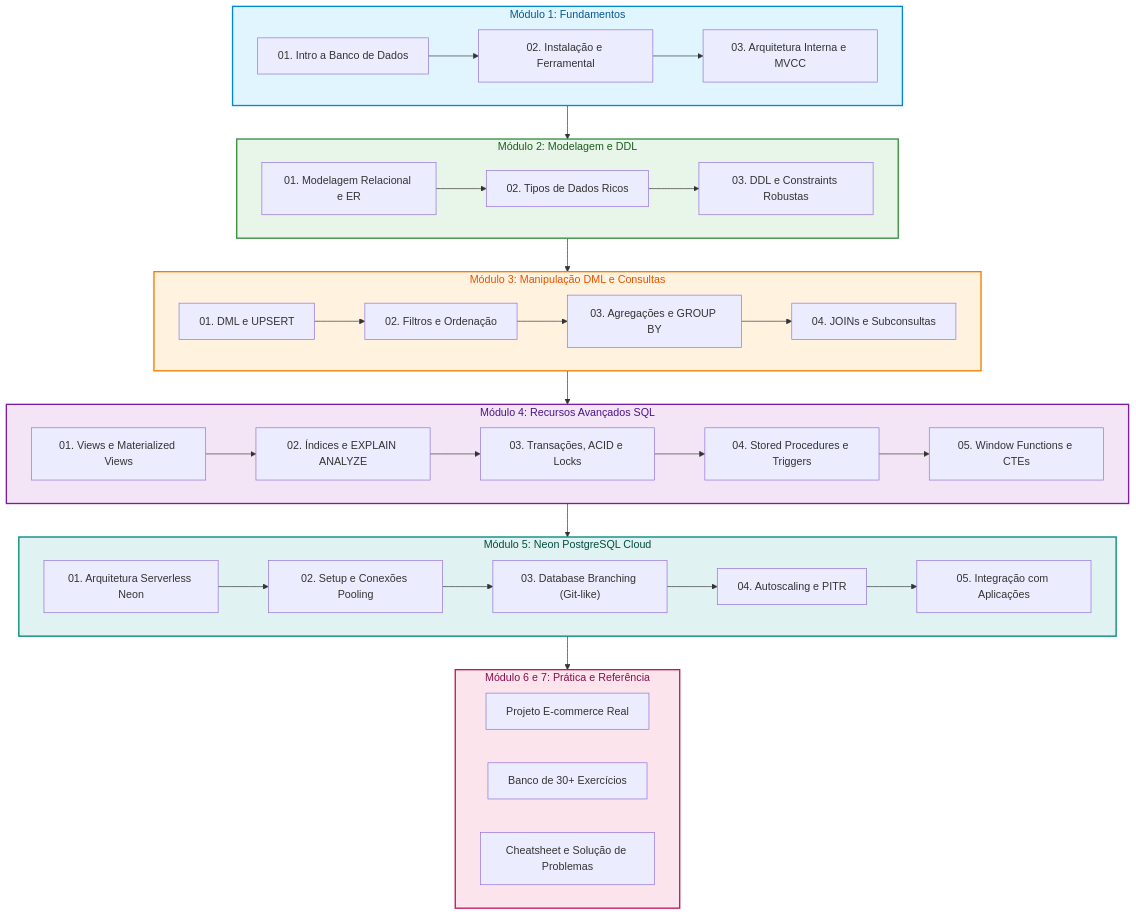
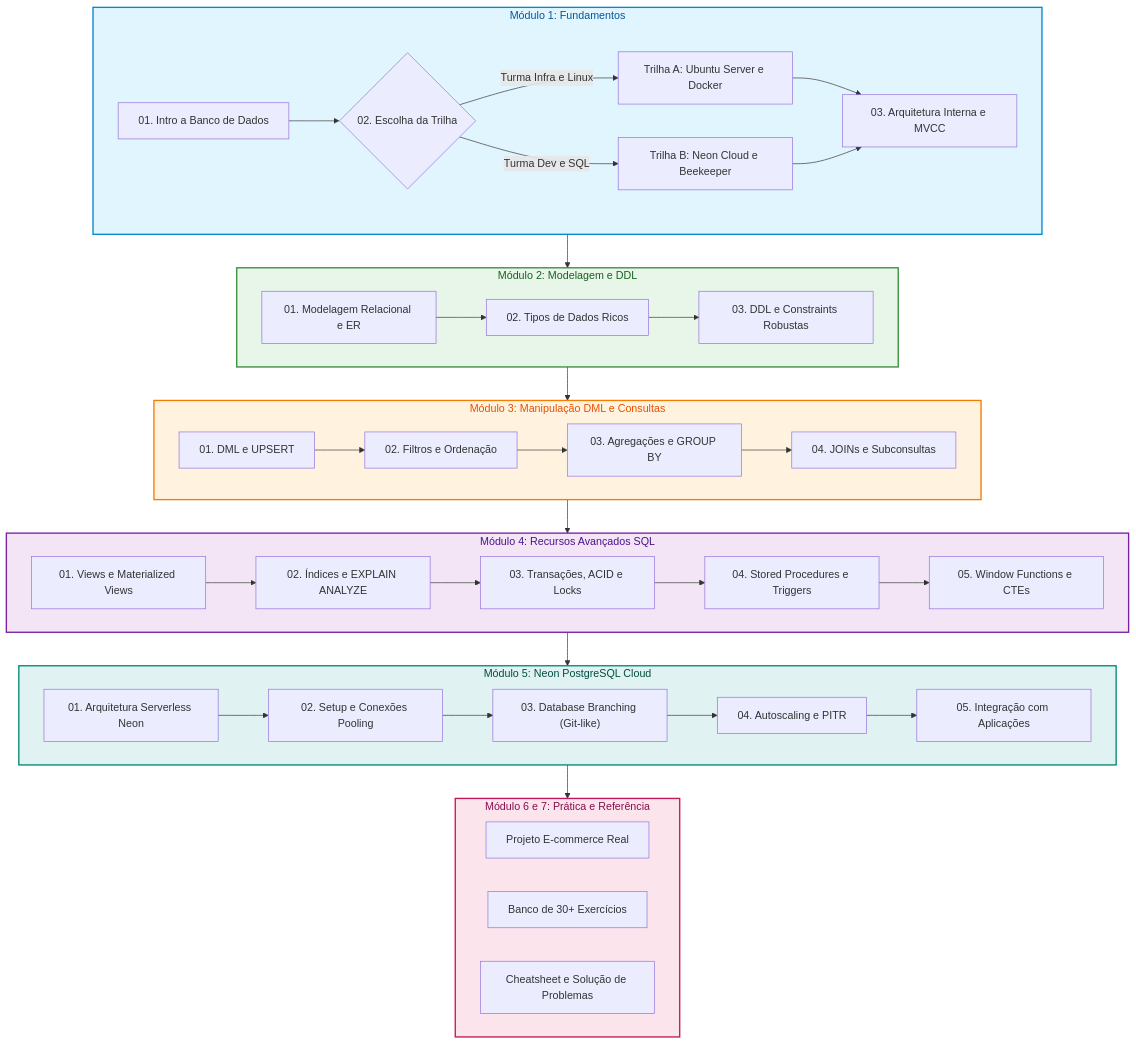
The diagram in README.md (diogofragoso/postgresql), drawn with Mermaid before and after one commit. The commit also changed other lines of this file and 6 other files, not shown here.

````diff
--- a/README.md
+++ b/README.md
@@ -40,51 +40,54 @@
 ```mermaid
 flowchart TD
     classDef fund fill:#e1f5fe,stroke:#0288d1,stroke-width:2px,color:#01579b;
     classDef model fill:#e8f5e9,stroke:#388e3c,stroke-width:2px,color:#1b5e20;
     classDef dml fill:#fff3e0,stroke:#f57c00,stroke-width:2px,color:#e65100;
     classDef adv fill:#f3e5f5,stroke:#7b1fa2,stroke-width:2px,color:#4a148c;
     classDef neon fill:#e0f2f1,stroke:#00897b,stroke-width:2px,color:#004d40;
     classDef proj fill:#fce4ec,stroke:#c2185b,stroke-width:2px,color:#880e4f;
 
     subgraph M1["Módulo 1: Fundamentos"]
-        A1["01. Intro a Banco de Dados"] --> A2["02. Instalação e Ferramental"]
-        A2 --> A3["03. Arquitetura Interna e MVCC"]
+        A1["01. Intro a Banco de Dados"] --> A2{"02. Escolha da Trilha"}
+        A2 -->|Turma Infra e Linux| A2a["Trilha A: Ubuntu Server e Docker"]
+        A2 -->|Turma Dev e SQL| A2b["Trilha B: Neon Cloud e Beekeeper"]
+        A2a --> A3["03. Arquitetura Interna e MVCC"]
+        A2b --> A3
     end
 
     subgraph M2["Módulo 2: Modelagem e DDL"]
         B1["01. Modelagem Relacional e ER"] --> B2["02. Tipos de Dados Ricos"]
         B2 --> B3["03. DDL e Constraints Robustas"]
     end
 
     subgraph M3["Módulo 3: Manipulação DML e Consultas"]
         C1["01. DML e UPSERT"] --> C2["02. Filtros e Ordenação"]
         C2 --> C3["03. Agregações e GROUP BY"]
         C3 --> C4["04. JOINs e Subconsultas"]
     end
 
     subgraph M4["Módulo 4: Recursos Avançados SQL"]
         D1["01. Views e Materialized Views"] --> D2["02. Índices e EXPLAIN ANALYZE"]
         D2 --> D3["03. Transações, ACID e Locks"]
         D3 --> D4["04. Stored Procedures e Triggers"]
         D4 --> D5["05. Window Functions e CTEs"]
     end
 
     subgraph M5["Módulo 5: Neon PostgreSQL Cloud"]
         E1["01. Arquitetura Serverless Neon"] --> E2["02. Setup e Conexões Pooling"]
         E2 --> E3["03. Database Branching (Git-like)"]
         E3 --> E4["04. Autoscaling e PITR"]
         E4 --> E5["05. Integração com Aplicações"]
     end
 
     subgraph M6["Módulo 6 e 7: Prática e Referência"]
         F1["Projeto E-commerce Real"]
         F2["Banco de 30+ Exercícios"]
         F3["Cheatsheet e Solução de Problemas"]
     end
 
     M1:::fund --> M2:::model
     M2 --> M3:::dml
     M3 --> M4:::adv
     M4 --> M5:::neon
     M5 --> M6:::proj
 ```
````
